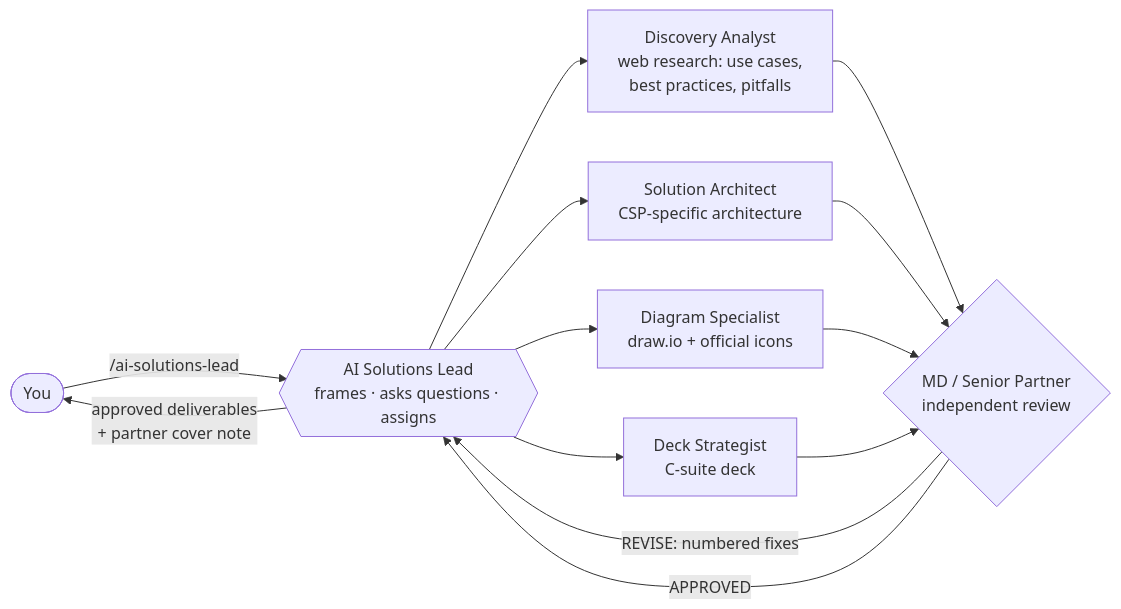
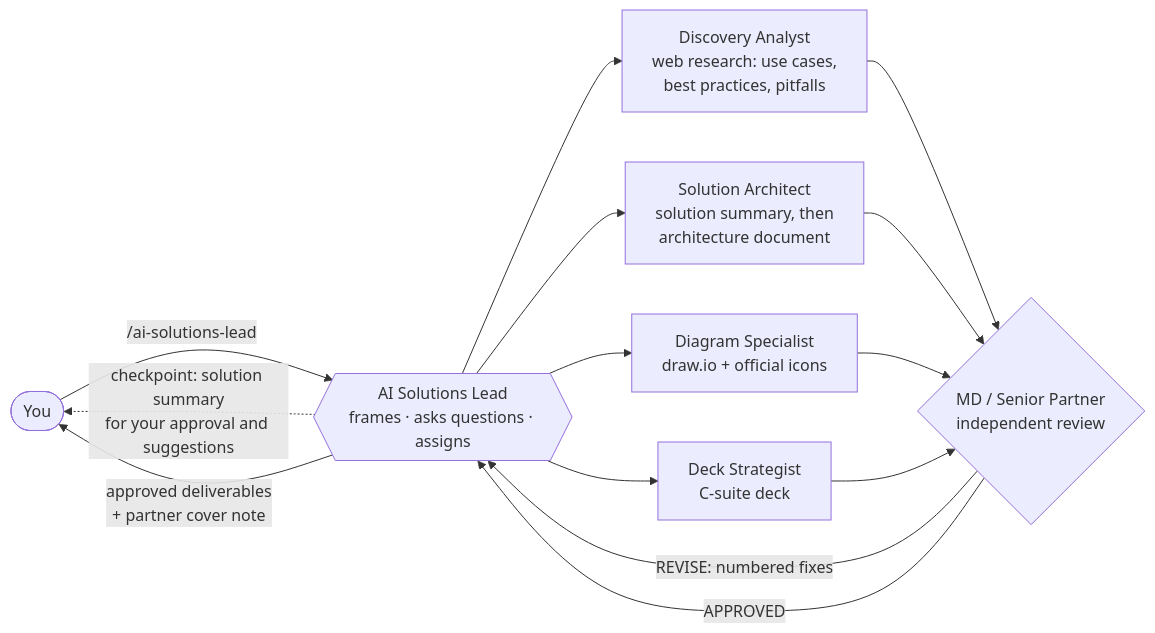
The diagram in plugins/ai-solutions-consultant/README.md (bedirachit/ai-solutions-consultant), drawn with Mermaid before and after one commit. The commit also changed other lines of this file and 10 other files, not shown here.

````diff
--- a/plugins/ai-solutions-consultant/README.md
+++ b/plugins/ai-solutions-consultant/README.md
@@ -43,12 +44,13 @@
 ```mermaid
 flowchart LR
     U([You]) -->|/ai-solutions-lead| L{{AI Solutions Lead<br/>frames · asks questions · assigns}}
     L --> D[Discovery Analyst<br/>web research: use cases,<br/>best practices, pitfalls]
-    L --> A[Solution Architect<br/>CSP-specific architecture]
+    L --> A[Solution Architect<br/>solution summary, then<br/>architecture document]
     L --> G[Diagram Specialist<br/>draw.io + official icons]
     L --> K[Deck Strategist<br/>C-suite deck]
     D & A & G & K --> P{MD / Senior Partner<br/>independent review}
     P -- REVISE: numbered fixes --> L
     P -- APPROVED --> L
+    L -.->|checkpoint: solution summary<br/>for your approval and suggestions| U
     L -->|approved deliverables<br/>+ partner cover note| U
 ```
````
